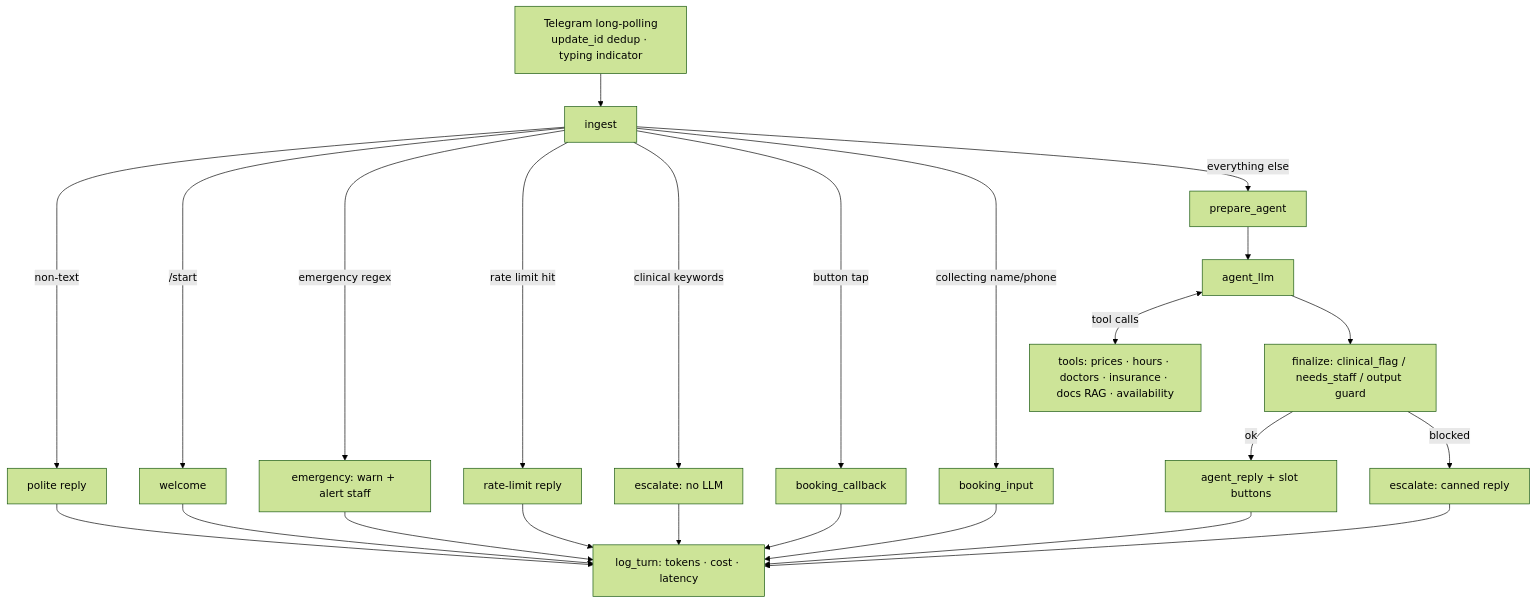
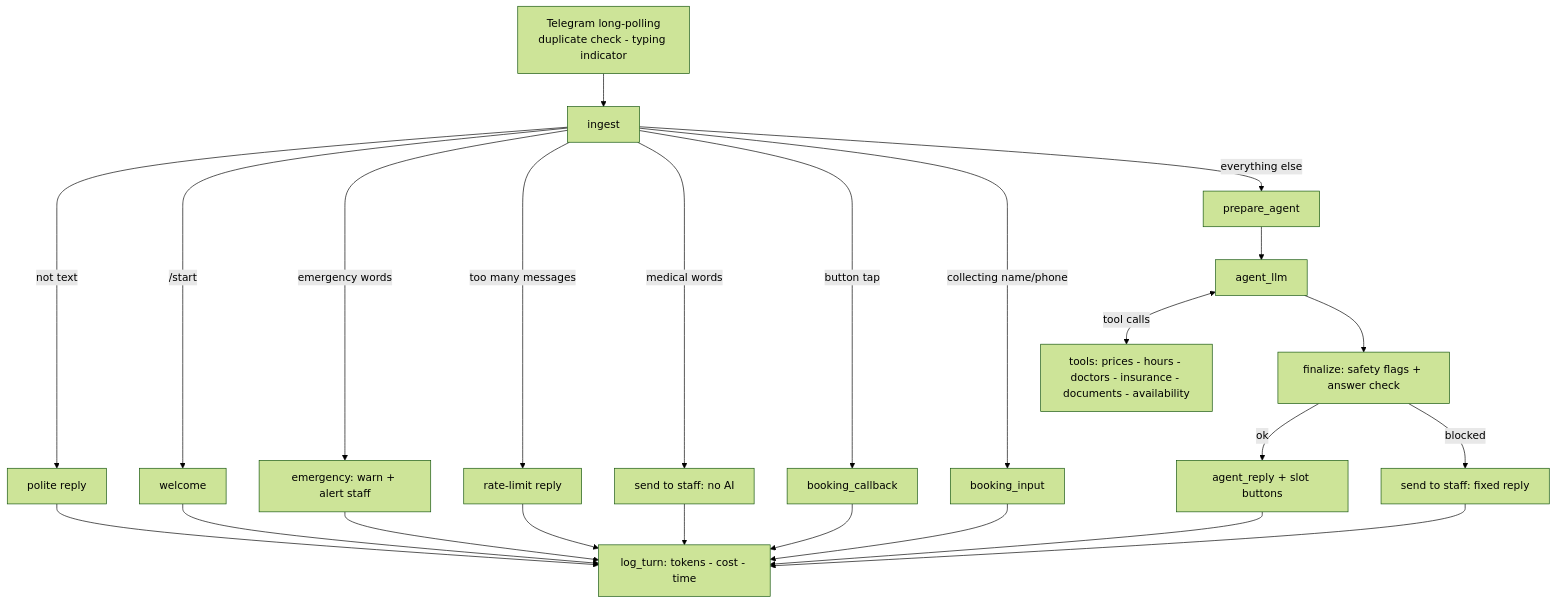
One commit to omnya122/AI-Front-Desk-Agent-for-Dental-Clinics changed the diagram in v2-langgraph/README.md. Above: the diagram before and after it, drawn with Mermaid (forest theme). The commit also changed other lines of this file and 26 other files, not shown here.

````diff
--- a/v2-langgraph/README.md
+++ b/v2-langgraph/README.md
@@ -54,18 +54,18 @@
 ```mermaid
 flowchart TD
-    TG[Telegram long-polling<br/>update_id dedup · typing indicator] --> I[ingest]
-    I -->|non-text| NT[polite reply]
+    TG[Telegram long-polling<br/>duplicate check - typing indicator] --> I[ingest]
+    I -->|not text| NT[polite reply]
     I -->|/start| W[welcome]
-    I -->|emergency regex| E[emergency: warn + alert staff]
-    I -->|rate limit hit| RL[rate-limit reply]
-    I -->|clinical keywords| C[escalate: no LLM]
+    I -->|emergency words| E[emergency: warn + alert staff]
+    I -->|too many messages| RL[rate-limit reply]
+    I -->|medical words| C[send to staff: no AI]
     I -->|button tap| BC[booking_callback]
     I -->|collecting name/phone| BI[booking_input]
     I -->|everything else| P[prepare_agent]
     P --> A[agent_llm]
-    A <-->|tool calls| T[tools: prices · hours · doctors · insurance · docs RAG · availability]
-    A --> F[finalize: clinical_flag / needs_staff / output guard]
+    A <-->|tool calls| T[tools: prices - hours - doctors - insurance - documents - availability]
+    A --> F[finalize: safety flags + answer check]
     F -->|ok| R[agent_reply + slot buttons]
-    F -->|blocked| AE[escalate: canned reply]
-    NT & W & E & RL & C & BC & BI & R & AE --> L[log_turn: tokens · cost · latency]
+    F -->|blocked| AE[send to staff: fixed reply]
+    NT & W & E & RL & C & BC & BI & R & AE --> L[log_turn: tokens - cost - time]
 ```
````
